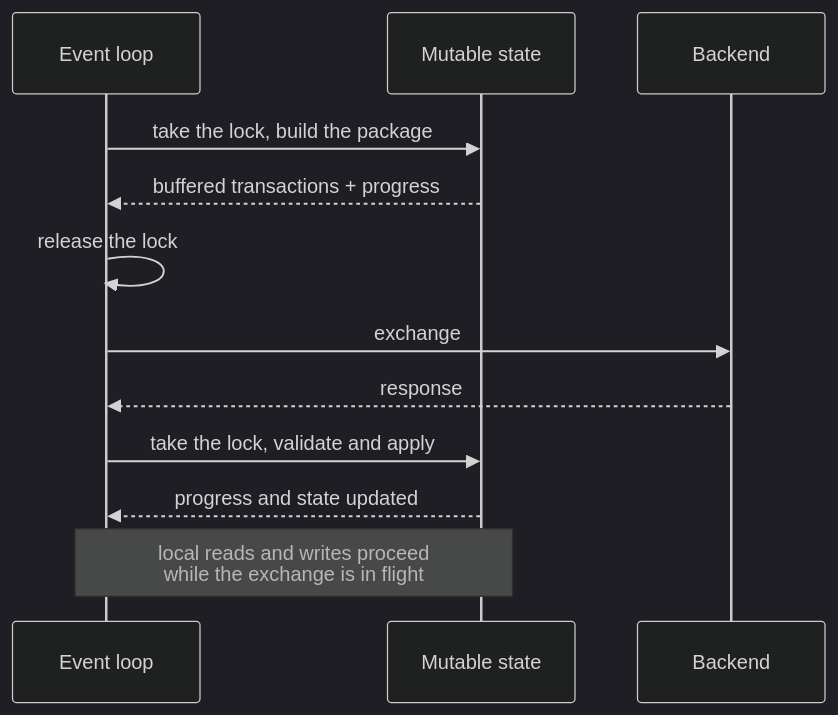
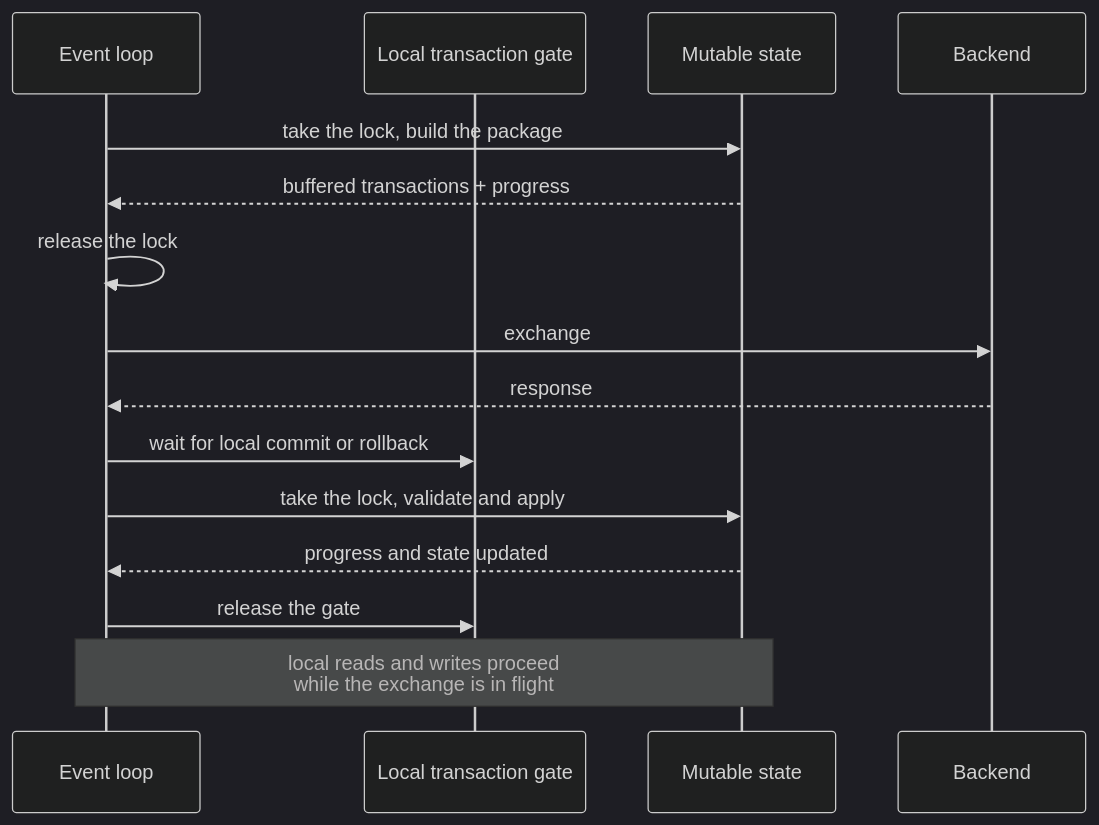
Before and after one commit to qortoo/qortoo-rs: the third of 3 diagrams in docs/architecture.md, drawn with Mermaid (dark theme). The commit also changed other lines of this file and 43 other files, not shown here.

````diff
--- a/docs/architecture.md
+++ b/docs/architecture.md
@@ -167,15 +211,18 @@
 ```mermaid
 sequenceDiagram
     participant EL as Event loop
+    participant TX as Local transaction gate
     participant MUT as Mutable state
     participant CONN as Backend
 
     EL->>MUT: take the lock, build the package
     MUT-->>EL: buffered transactions + progress
     EL->>EL: release the lock
     EL->>CONN: exchange
     CONN-->>EL: response
+    EL->>TX: wait for local commit or rollback
     EL->>MUT: take the lock, validate and apply
     MUT-->>EL: progress and state updated
+    EL->>TX: release the gate
     Note over EL,MUT: local reads and writes proceed<br/>while the exchange is in flight
 ```
````
